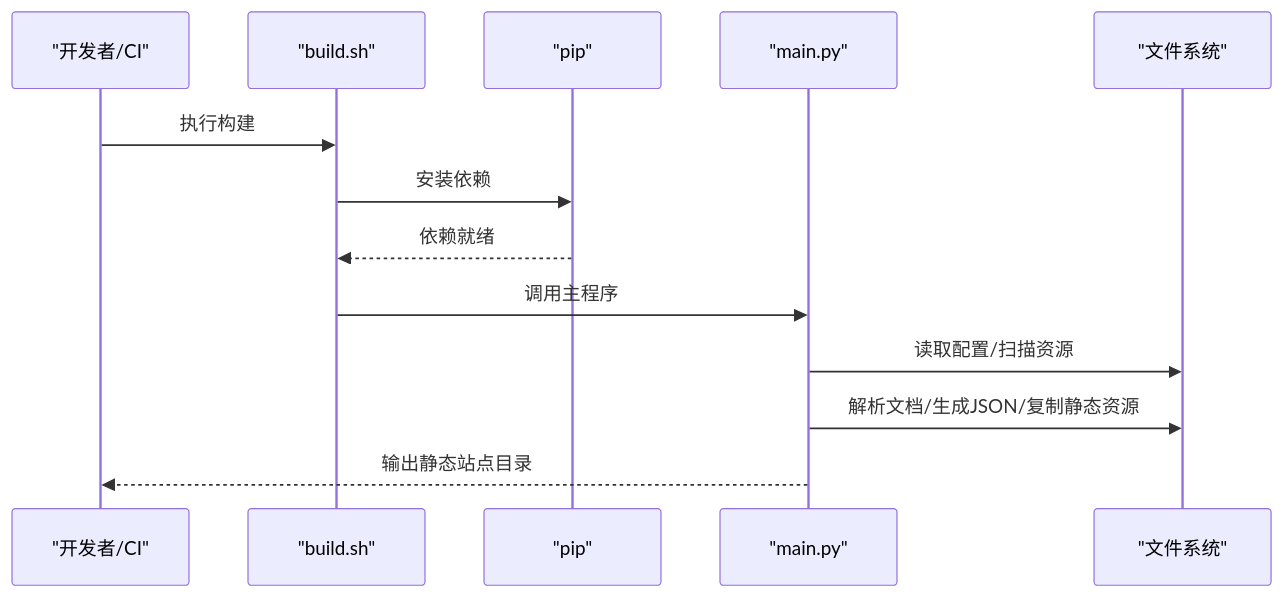
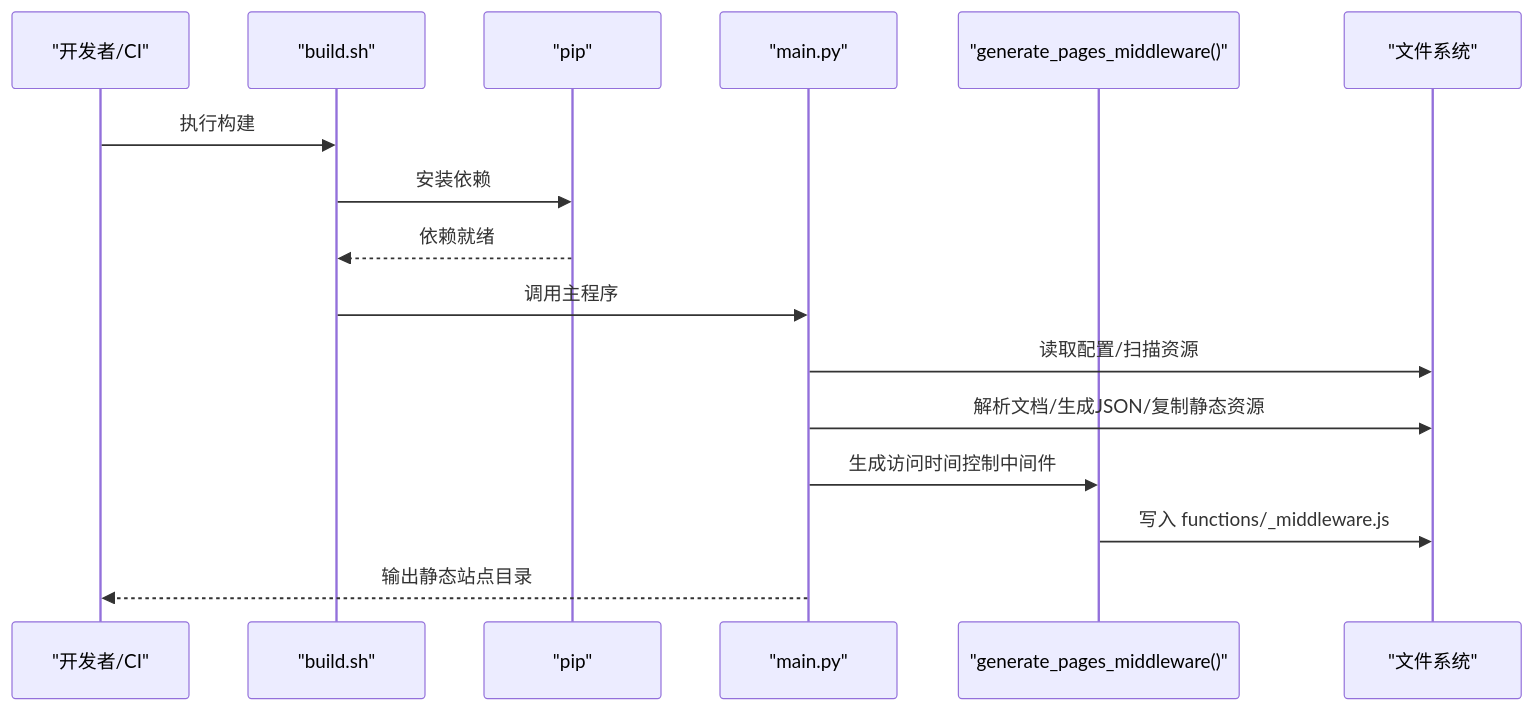
The second of 5 diagrams in .qoder/repowiki/zh/content/部署发布/自动化部署脚本.md (zhao-zg/cx), drawn with Mermaid before and after one commit. The commit also changed other lines of this file and 36 other files, not shown here.

````diff
--- a/.qoder/repowiki/zh/content/部署发布/自动化部署脚本.md
+++ b/.qoder/repowiki/zh/content/部署发布/自动化部署脚本.md
@@ -123,15 +145,18 @@
 ```mermaid
 sequenceDiagram
 participant Dev as "开发者/CI"
 participant Build as "build.sh"
 participant Pip as "pip"
 participant Py as "main.py"
+participant MW as "generate_pages_middleware()"
 participant FS as "文件系统"
 Dev->>Build : 执行构建
 Build->>Pip : 安装依赖
 Pip-->>Build : 依赖就绪
 Build->>Py : 调用主程序
 Py->>FS : 读取配置/扫描资源
 Py->>FS : 解析文档/生成JSON/复制静态资源
+Py->>MW : 生成访问时间控制中间件
+MW->>FS : 写入 functions/_middleware.js
 Py-->>Dev : 输出静态站点目录
 ```
````
